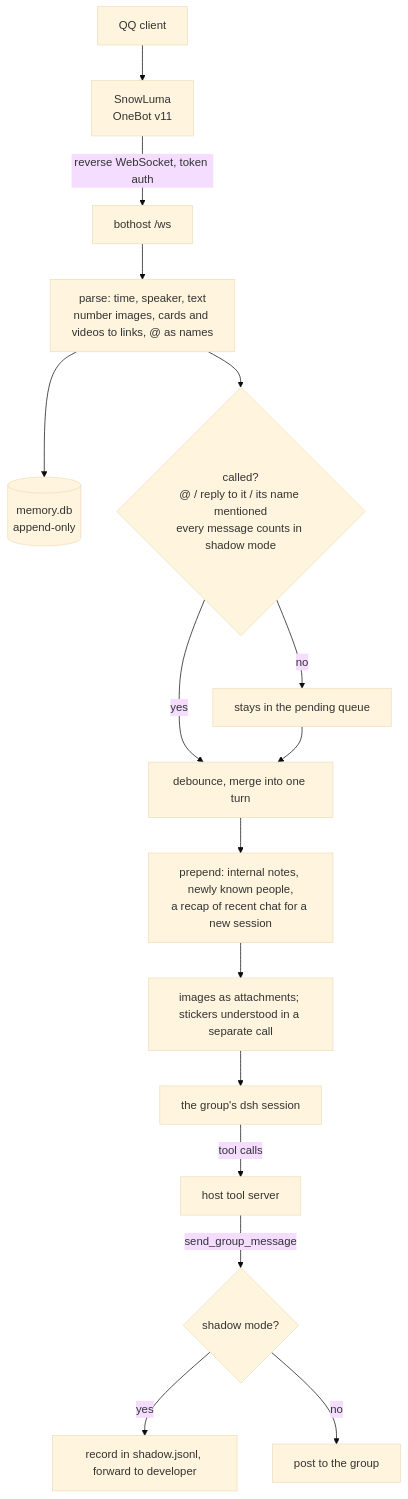
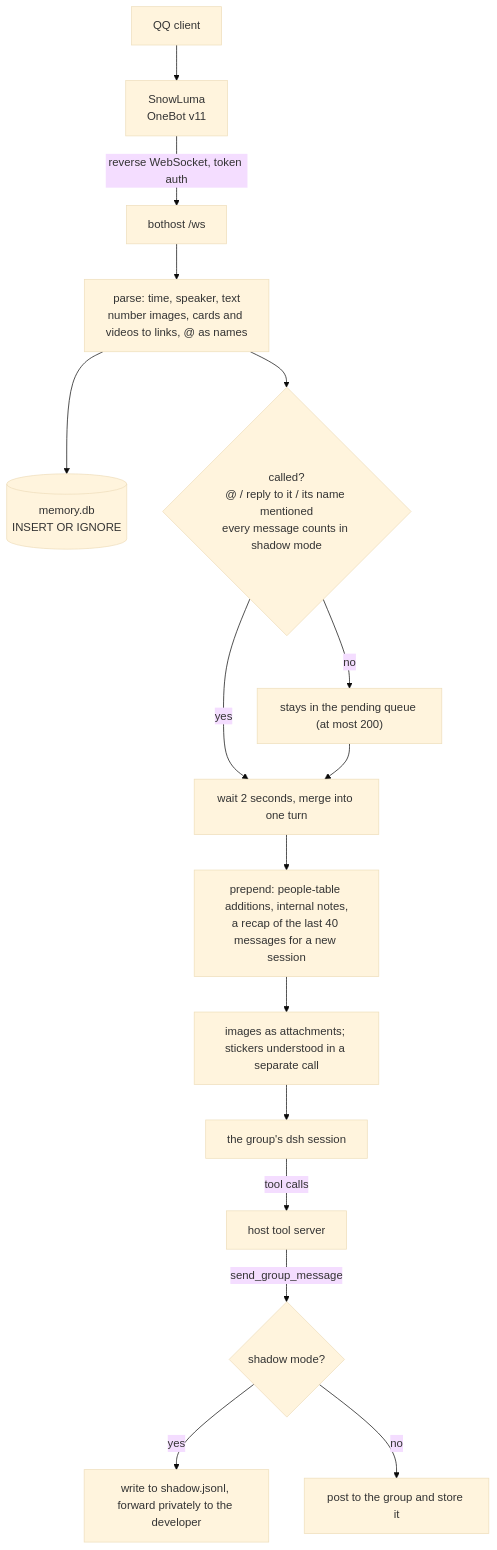
One commit to shioochicqwq/groupmind changed the third of 3 diagrams in docs/overview/architecture.en.md. Above: the diagram before and after it, drawn with Mermaid (base theme). The commit also changed other lines of this file and 5 other files, not shown here.

````diff
--- a/docs/overview/architecture.en.md
+++ b/docs/overview/architecture.en.md
@@ -330,18 +530,18 @@
 ```mermaid
 flowchart TD
     Q["QQ client"] --> S["SnowLuma<br/>OneBot v11"]
     S -- "reverse WebSocket, token auth" --> W["bothost /ws"]
     W --> P["parse: time, speaker, text<br/>number images, cards and videos to links, @ as names"]
-    P --> DB[("memory.db<br/>append-only")]
+    P --> DB[("memory.db<br/>INSERT OR IGNORE")]
     P --> C{"called?<br/>@ / reply to it / its name mentioned<br/>every message counts in shadow mode"}
-    C -- "no" --> WAIT["stays in the pending queue"]
-    C -- "yes" --> D["debounce, merge into one turn"]
+    C -- "no" --> WAIT["stays in the pending queue (at most 200)"]
+    C -- "yes" --> D["wait 2 seconds, merge into one turn"]
     WAIT --> D
-    D --> N["prepend: internal notes, newly known people,<br/>a recap of recent chat for a new session"]
+    D --> N["prepend: people-table additions, internal notes,<br/>a recap of the last 40 messages for a new session"]
     N --> M["images as attachments; stickers understood in a separate call"]
     M --> DSH["the group's dsh session"]
     DSH -- "tool calls" --> T["host tool server"]
     T -- "send_group_message" --> OUT{"shadow mode?"}
-    OUT -- "yes" --> SH["record in shadow.jsonl, forward to developer"]
-    OUT -- "no" --> GRP["post to the group"]
+    OUT -- "yes" --> SH["write to shadow.jsonl, forward privately to the developer"]
+    OUT -- "no" --> GRP["post to the group and store it"]
 ```
````
